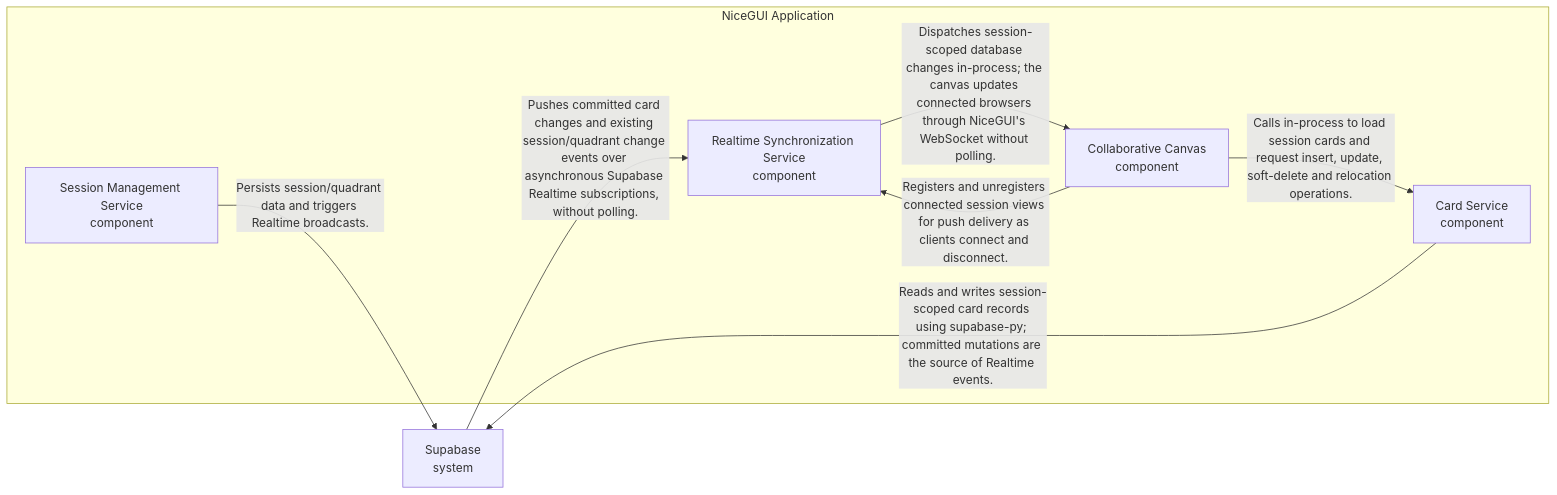
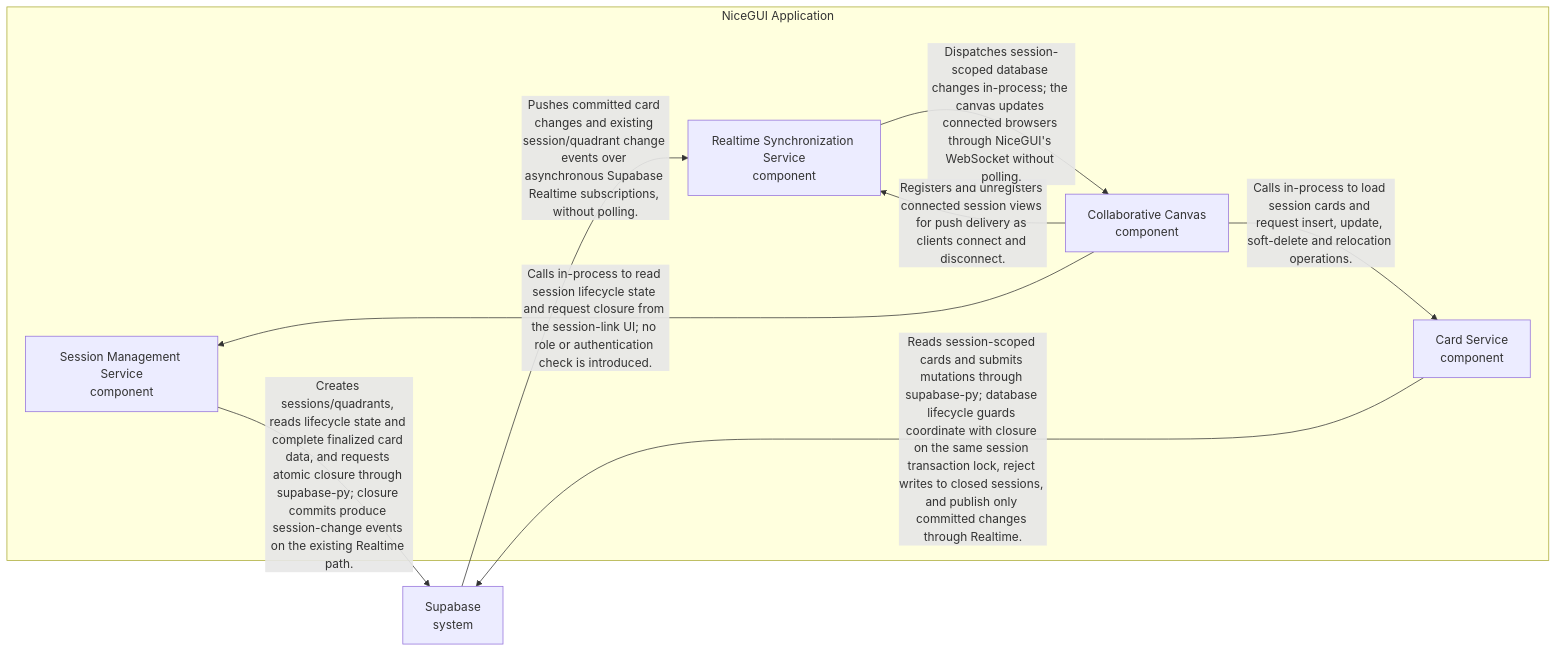
The third of 3 diagrams in docs/architecture.md (marsie-labs/quadra), drawn with Mermaid before and after one commit. The commit also changed other lines of this file and 1 other file, not shown here.

Commit message:
docs(architecture): apply SPEC-0003 (workflow bb0a32d71ad74217a73344bd9aebe1cd)

````diff
--- a/docs/architecture.md
+++ b/docs/architecture.md
@@ -74,19 +78,20 @@
 ```mermaid
 flowchart LR
 classDef added fill:#c8f7c5,stroke:#2e7d32
 classDef changed fill:#fff3b0,stroke:#b59f00
 classDef removed fill:#f8c8c8,stroke:#c62828
 subgraph quadra_app["NiceGUI Application"]
   session_service["Session Management Service<br/>component"]
   card_service["Card Service<br/>component"]
   realtime_service["Realtime Synchronization Service<br/>component"]
   collaborative_canvas["Collaborative Canvas<br/>component"]
 end
 supabase["Supabase<br/>system"]
-session_service -->|"Persists session/quadrant data and triggers Realtime broadcasts."| supabase
 collaborative_canvas -->|"Calls in-process to load session cards and request insert, update, soft-delete and relocation operations."| card_service
-card_service -->|"Reads and writes session-scoped card records using supabase-py; committed mutations are the source of Realtime events."| supabase
 collaborative_canvas -->|"Registers and unregisters connected session views for push delivery as clients connect and disconnect."| realtime_service
 supabase -->|"Pushes committed card changes and existing session/quadrant change events over asynchronous Supabase Realtime subscriptions, without polling."| realtime_service
 realtime_service -->|"Dispatches session-scoped database changes in-process; the canvas updates connected browsers through NiceGUI's WebSocket without polling."| collaborative_canvas
+session_service -->|"Creates sessions/quadrants, reads lifecycle state and complete finalized card data, and requests atomic closure through supabase-py; closure commits produce session-change events on the existing Realtime path."| supabase
+card_service -->|"Reads session-scoped cards and submits mutations through supabase-py; database lifecycle guards coordinate with closure on the same session transaction lock, reject writes to closed sessions, and publish only committed changes through Realtime."| supabase
+collaborative_canvas -->|"Calls in-process to read session lifecycle state and request closure from the session-link UI; no role or authentication check is introduced."| session_service
 ```
````
